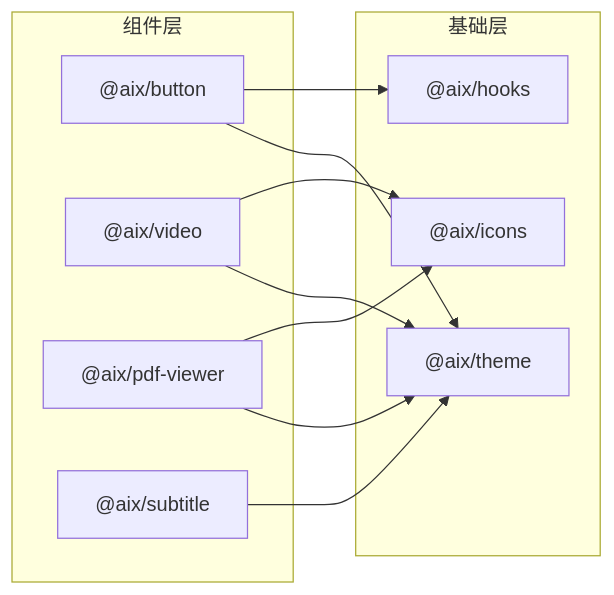
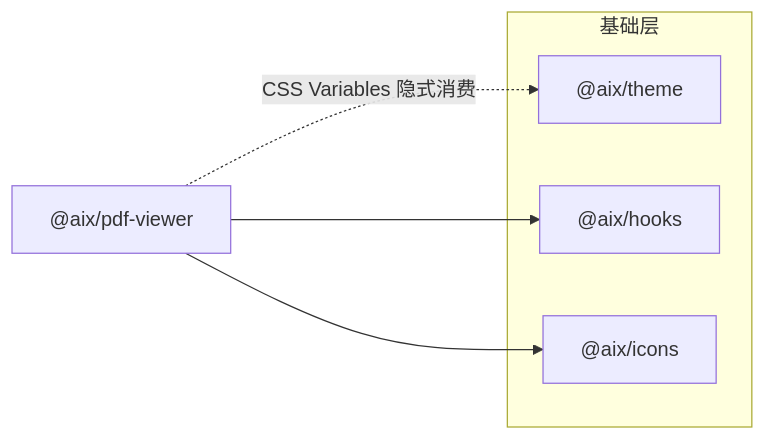
Before and after one commit to sunweijieMJ/aix: the third of 17 diagrams in docs/guide/architecture.md, drawn with Mermaid. The commit also changed other lines of this file and 39 other files, not shown here.

````diff
--- a/docs/guide/architecture.md
+++ b/docs/guide/architecture.md
@@ -206,20 +192,14 @@
 ```mermaid
 graph LR
     subgraph 基础层
         theme["@aix/theme"]
         hooks["@aix/hooks"]
         icons["@aix/icons"]
     end
 
-    subgraph 组件层
-        button["@aix/button"]
-        video["@aix/video"]
-        pdf["@aix/pdf-viewer"]
-        subtitle["@aix/subtitle"]
-    end
+    pdf["@aix/pdf-viewer"]
 
-    button --> theme & hooks
-    video --> theme & icons
-    pdf --> theme & icons
-    subtitle --> theme
+    pdf --> hooks
+    pdf --> icons
+    pdf -.->|"CSS Variables 隐式消费"| theme
 ```
````
